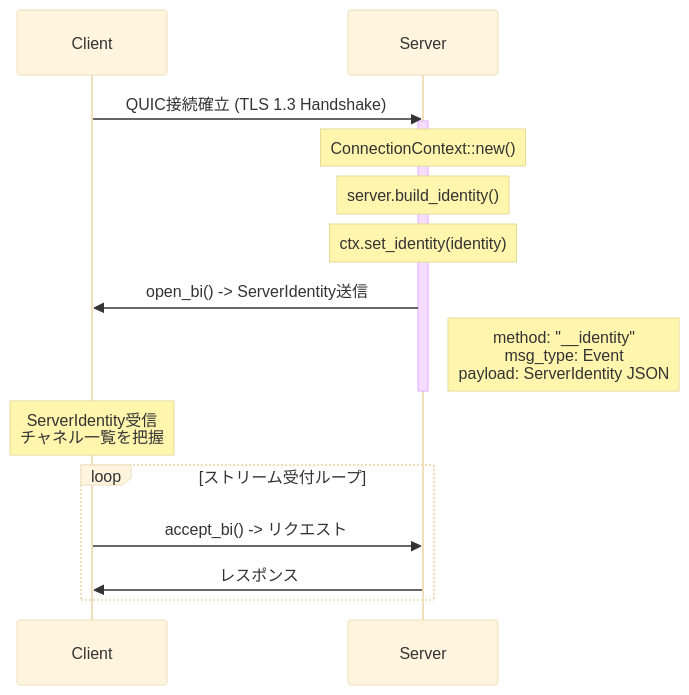
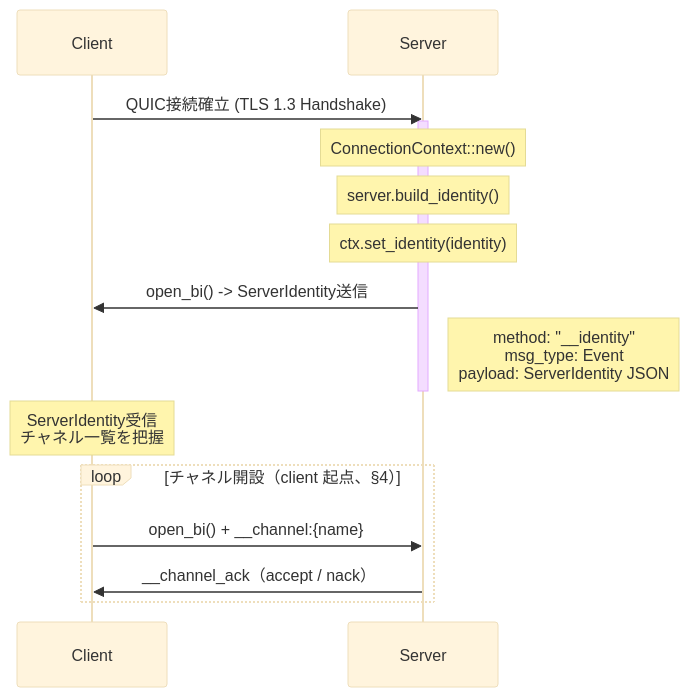
The second of 3 diagrams in design/quic-runtime.md (chronista-club/club-unison), drawn with Mermaid (base theme) before and after one commit. The commit also changed other lines of this file and 24 other files, not shown here.

````diff
--- a/design/quic-runtime.md
+++ b/design/quic-runtime.md
@@ -126,24 +132,24 @@
 ```mermaid
 sequenceDiagram
     participant C as Client
     participant S as Server
 
     C->>S: QUIC接続確立 (TLS 1.3 Handshake)
     activate S
 
     Note over S: ConnectionContext::new()
     Note over S: server.build_identity()
     Note over S: ctx.set_identity(identity)
 
     S->>C: open_bi() -> ServerIdentity送信
     Note right of S: method: "__identity"<br/>msg_type: Event<br/>payload: ServerIdentity JSON
 
     deactivate S
 
     Note over C: ServerIdentity受信<br/>チャネル一覧を把握
 
-    loop ストリーム受付ループ
-        C->>S: accept_bi() -> リクエスト
-        S->>C: レスポンス
+    loop チャネル開設（client 起点、§4）
+        C->>S: open_bi() + __channel:{name}
+        S->>C: __channel_ack（accept / nack）
     end
 ```
````
